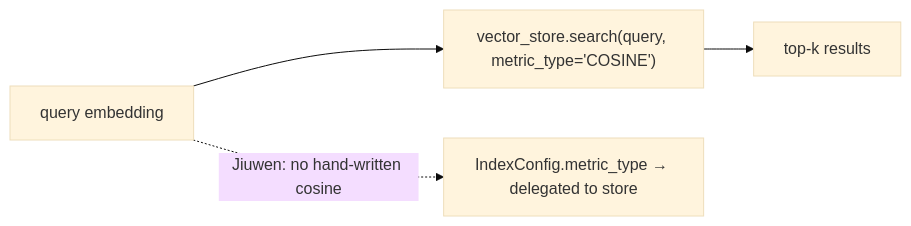
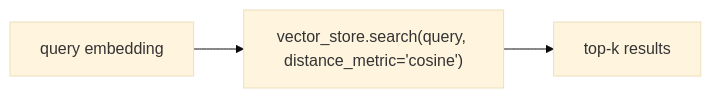
One commit to michaelatamuk/openjiuwen-knowledge changed the sixth of 18 diagrams in content/topics/00-ml-foundations.md. Above: the diagram before and after it, drawn with Mermaid (base theme). The commit also changed other lines of this file and 57 other files, not shown here.

````diff
--- a/content/topics/00-ml-foundations.md
+++ b/content/topics/00-ml-foundations.md
@@ -168,6 +112,5 @@
 ```mermaid
 flowchart LR
-    QE["query embedding"] --> VS["vector_store.search(query, metric_type='COSINE')"]
+    QE["query embedding"] --> VS["vector_store.search(query, distance_metric='cosine')"]
     VS --> TOPK["top-k results"]
-    QE -.->|"Jiuwen: no hand-written cosine"| IC["IndexConfig.metric_type → delegated to store"]
 ```
````
